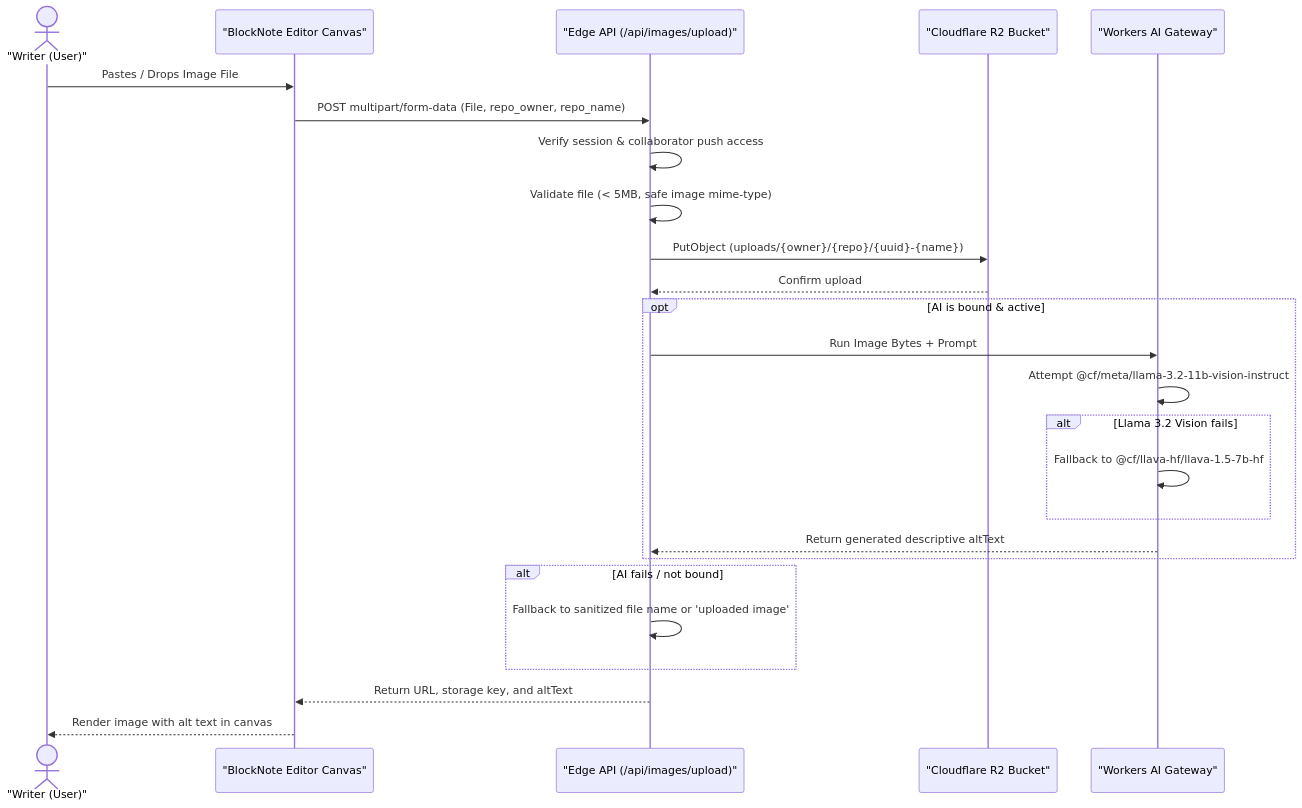
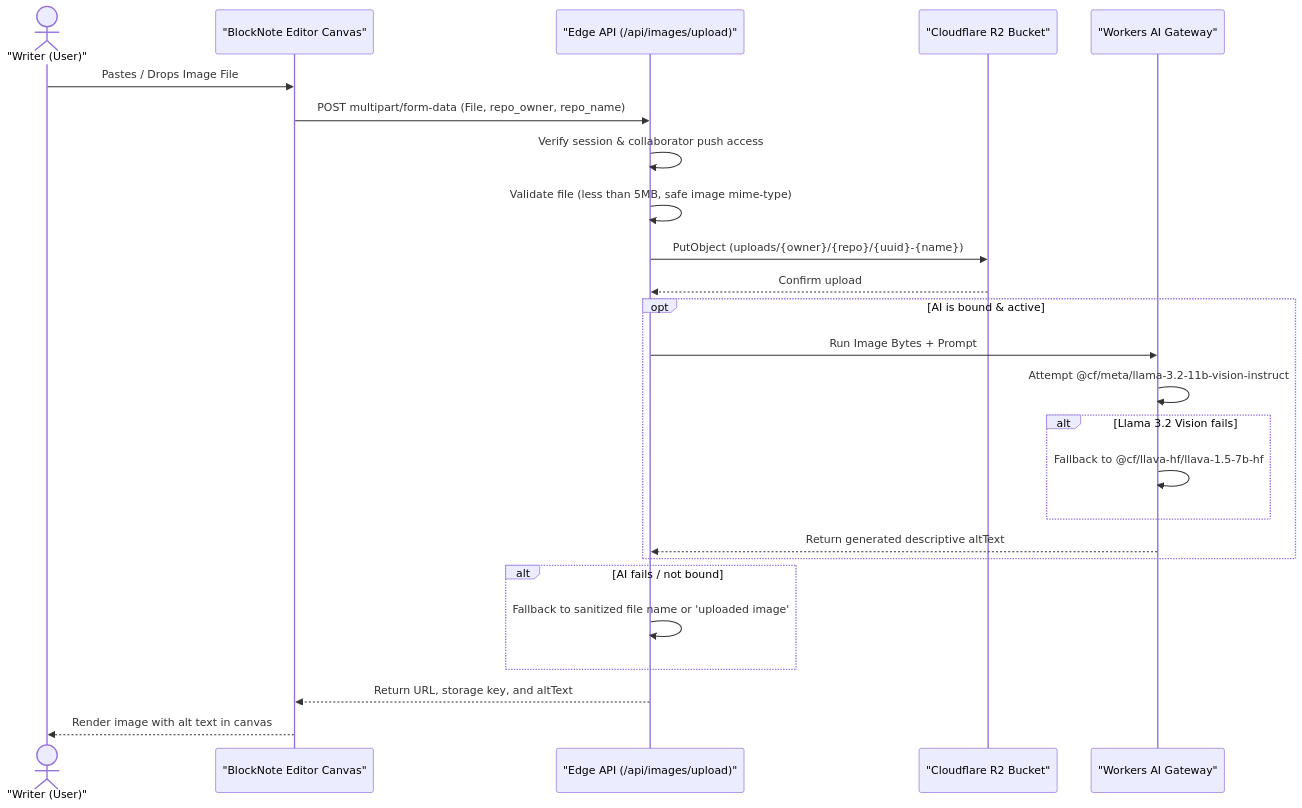
Before and after one commit to pouta-cms/cms: the sixth of 7 diagrams in ARCHITECTURE.md, drawn with Mermaid. The commit also changed other lines of this file, not shown here.

Commit message:
docs: fix remaining Mermaid syntax issues with HTML brackets and arrows in ARCHITECTURE.md

````diff
--- a/ARCHITECTURE.md
+++ b/ARCHITECTURE.md
@@ -336,28 +336,28 @@
 ```mermaid
 sequenceDiagram
     actor Writer as "Writer (User)"
     participant Editor as "BlockNote Editor Canvas"
     participant API as "Edge API (/api/images/upload)"
     participant R2 as "Cloudflare R2 Bucket"
     participant AI as "Workers AI Gateway"
     
     Writer->>Editor: Pastes / Drops Image File
     Editor->>API: POST multipart/form-data (File, repo_owner, repo_name)
     API->>API: Verify session & collaborator push access
-    API->>API: Validate file (< 5MB, safe image mime-type)
+    API->>API: Validate file (less than 5MB, safe image mime-type)
     API->>R2: PutObject (uploads/{owner}/{repo}/{uuid}-{name})
     R2-->>API: Confirm upload
     opt AI is bound & active
         API->>AI: Run Image Bytes + Prompt
         AI->>AI: Attempt @cf/meta/llama-3.2-11b-vision-instruct
         alt Llama 3.2 Vision fails
             AI->>AI: Fallback to @cf/llava-hf/llava-1.5-7b-hf
         end
         AI-->>API: Return generated descriptive altText
     end
     alt AI fails / not bound
         API->>API: Fallback to sanitized file name or 'uploaded image'
     end
     API-->>Editor: Return URL, storage key, and altText
     Editor-->>Writer: Render image with alt text in canvas
 ```
````
